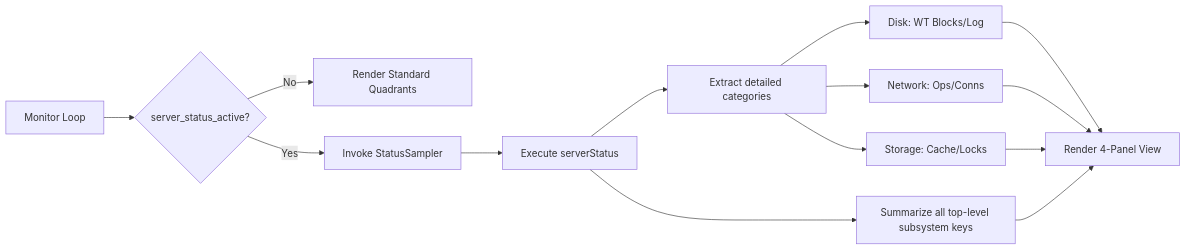
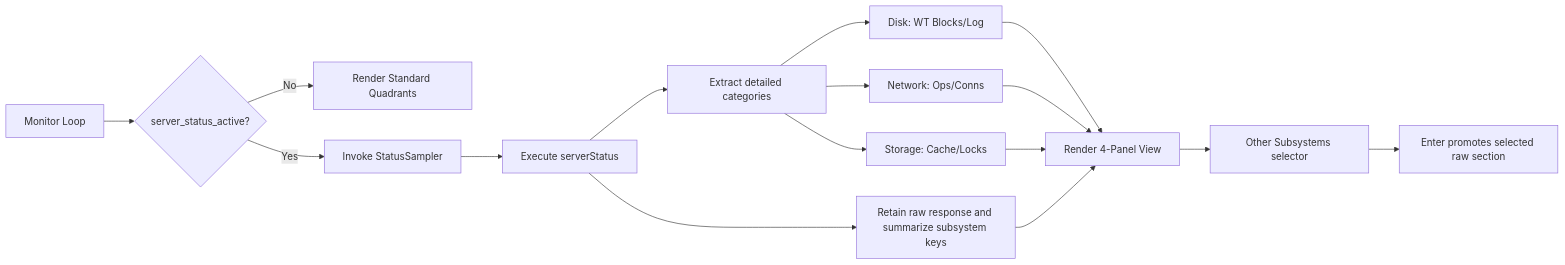
One commit to mongodb/mlaunch changed the sixth of 12 diagrams in doc/feature-monitor-guide.md. Above: the diagram before and after it, drawn with Mermaid. The commit also changed other lines of this file and 5 other files, not shown here.

````diff
--- a/doc/feature-monitor-guide.md
+++ b/doc/feature-monitor-guide.md
@@ -631,13 +641,15 @@
 ```mermaid
 flowchart LR
     A[Monitor Loop] --> B{server_status_active?}
     B -- No --> C[Render Standard Quadrants]
     B -- Yes --> D[Invoke StatusSampler]
     D --> E[Execute serverStatus]
     E --> F[Extract detailed categories]
-    E --> K[Summarize all top-level subsystem keys]
+    E --> K[Retain raw response and summarize subsystem keys]
     F --> G[Disk: WT Blocks/Log]
     F --> H[Network: Ops/Conns]
     F --> I[Storage: Cache/Locks]
     G & H & I & K --> J[Render 4-Panel View]
+    J --> L[Other Subsystems selector]
+    L --> M[Enter promotes selected raw section]
 ```
````
